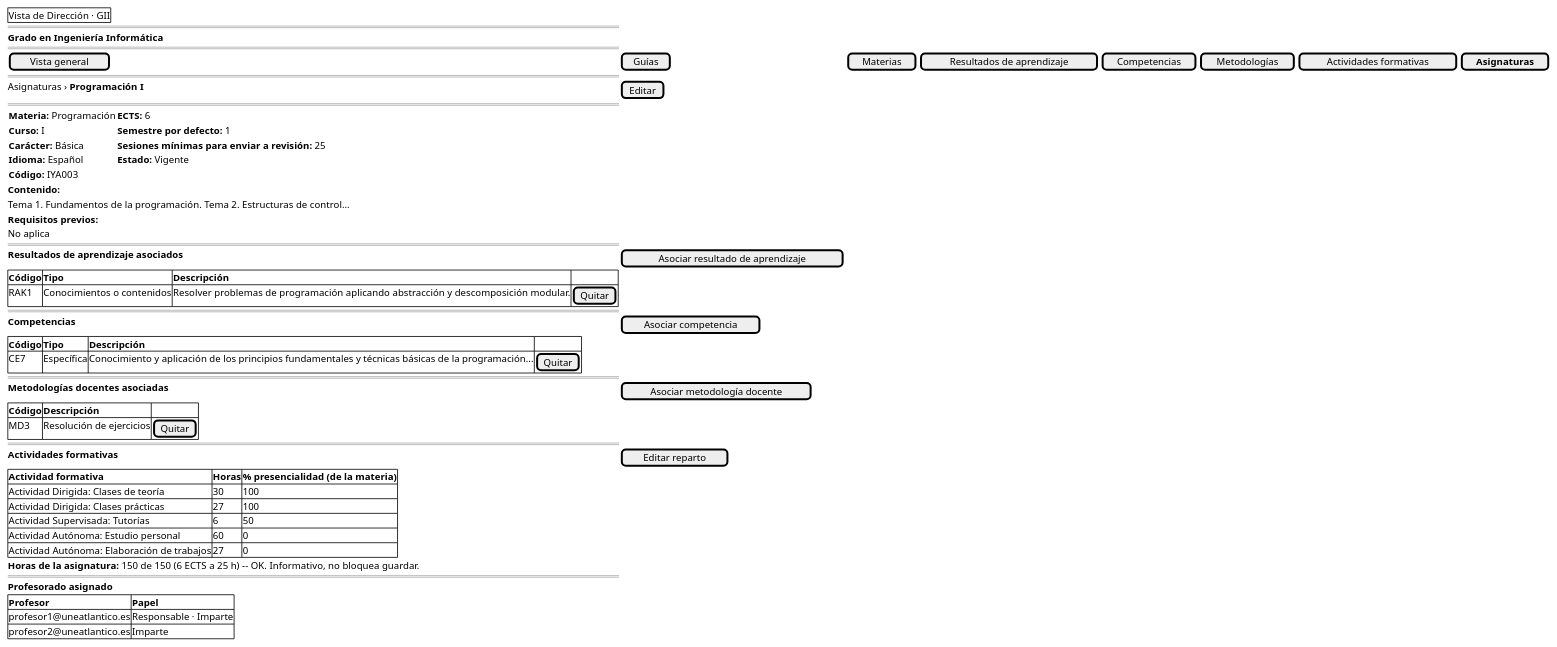
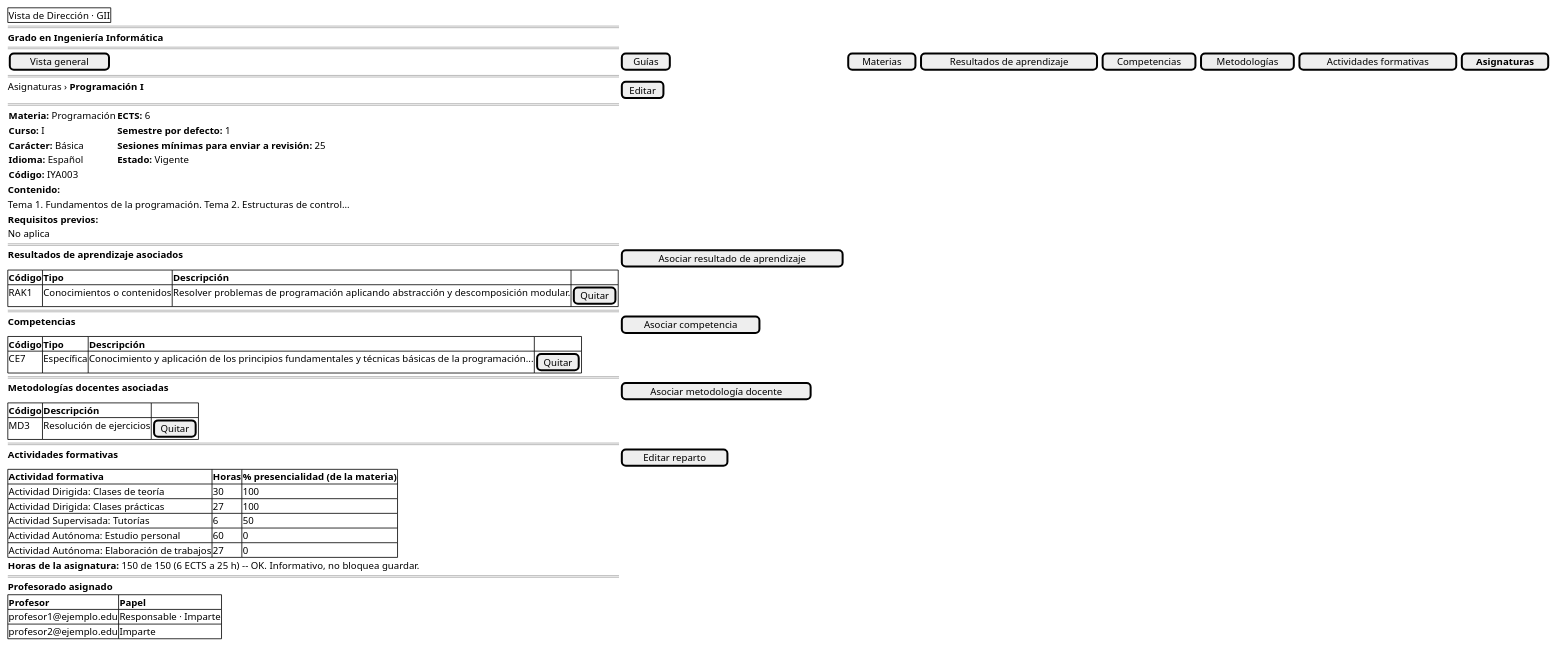
One commit to mmasias/pyCeldaPublico changed the diagram in RUP/01-requisitos/03-detalle-casos-uso/abrirAsignaturaPrograma/wireframes.puml. Above: the diagram before and after it, drawn with PlantUML. The commit also changed 49 other files, not shown here.

```diff
--- a/RUP/01-requisitos/03-detalle-casos-uso/abrirAsignaturaPrograma/wireframes.puml
+++ b/RUP/01-requisitos/03-detalle-casos-uso/abrirAsignaturaPrograma/wireframes.puml
@@ -1,59 +1,59 @@
 @startsalt abrirAsignaturaPrograma-wireframe
 {
     {+ Vista de Dirección · GII }
     ====
     <b>Grado en Ingeniería Informática</b>
     ====
     [ Vista general ] | [ Guías ] | [ Materias ] | [ Resultados de aprendizaje ] | [ Competencias ] | [ Metodologías ] | [ Actividades formativas ] | [ <b>Asignaturas</b> ]
     ====
     Asignaturas › <b>Programación I</b> | [Editar]
     ====
     {
         <b>Materia:</b> Programación | <b>ECTS:</b> 6
         <b>Curso:</b> I | <b>Semestre por defecto:</b> 1
         <b>Carácter:</b> Básica | <b>Sesiones mínimas para enviar a revisión:</b> 25
         <b>Idioma:</b> Español | <b>Estado:</b> Vigente
         <b>Código:</b> IYA003 | .
     }
     <b>Contenido:</b>
     Tema 1. Fundamentos de la programación. Tema 2. Estructuras de control...
     <b>Requisitos previos:</b>
     No aplica
     ====
     <b>Resultados de aprendizaje asociados</b> | [ Asociar resultado de aprendizaje ]
     {#
         <b>Código | <b>Tipo | <b>Descripción | .
         RAK1 | Conocimientos o contenidos | Resolver problemas de programación aplicando abstracción y descomposición modular. | [Quitar]
     }
     ====
     <b>Competencias</b> | [ Asociar competencia ]
     {#
         <b>Código | <b>Tipo | <b>Descripción | .
         CE7 | Específica | Conocimiento y aplicación de los principios fundamentales y técnicas básicas de la programación... | [Quitar]
     }
     ====
     <b>Metodologías docentes asociadas</b> | [ Asociar metodología docente ]
     {#
         <b>Código | <b>Descripción | .
         MD3 | Resolución de ejercicios | [Quitar]
     }
     ====
     <b>Actividades formativas</b> | [ Editar reparto ]
     {#
         <b>Actividad formativa | <b>Horas | <b>% presencialidad (de la materia)
         Actividad Dirigida: Clases de teoría | 30 | 100
         Actividad Dirigida: Clases prácticas | 27 | 100
         Actividad Supervisada: Tutorías | 6 | 50
         Actividad Autónoma: Estudio personal | 60 | 0
         Actividad Autónoma: Elaboración de trabajos | 27 | 0
     }
     <b>Horas de la asignatura:</b> 150 de 150 (6 ECTS a 25 h) -- OK. Informativo, no bloquea guardar.
     ====
     <b>Profesorado asignado</b>
     {#
         <b>Profesor | <b>Papel
-        profesor1@uneatlantico.es | Responsable · Imparte
-        profesor2@uneatlantico.es | Imparte
+        profesor1@ejemplo.edu | Responsable · Imparte
+        profesor2@ejemplo.edu | Imparte
     }
 }
 @endsalt
```
